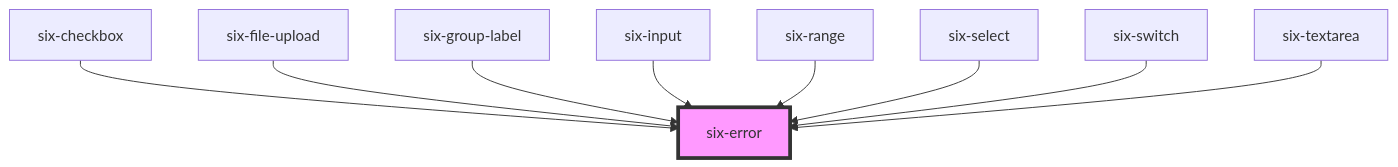
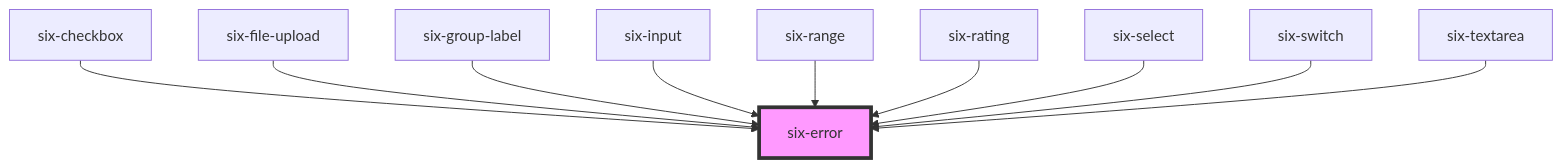
Before and after one commit to six-group/six-webcomponents: the diagram in libraries/ui-library/src/components/six-error/readme.md, drawn with Mermaid. The commit also changed other lines of this file and 13 other files, not shown here.

Commit message:
feat: Introduced new six-rating component docs: changelog.md

````diff
--- a/libraries/ui-library/src/components/six-error/readme.md
+++ b/libraries/ui-library/src/components/six-error/readme.md
@@ -29,12 +30,13 @@
 ```mermaid
 graph TD;
   six-checkbox --> six-error
   six-file-upload --> six-error
   six-group-label --> six-error
   six-input --> six-error
   six-range --> six-error
+  six-rating --> six-error
   six-select --> six-error
   six-switch --> six-error
   six-textarea --> six-error
   style six-error fill:#f9f,stroke:#333,stroke-width:4px
 ```
````
